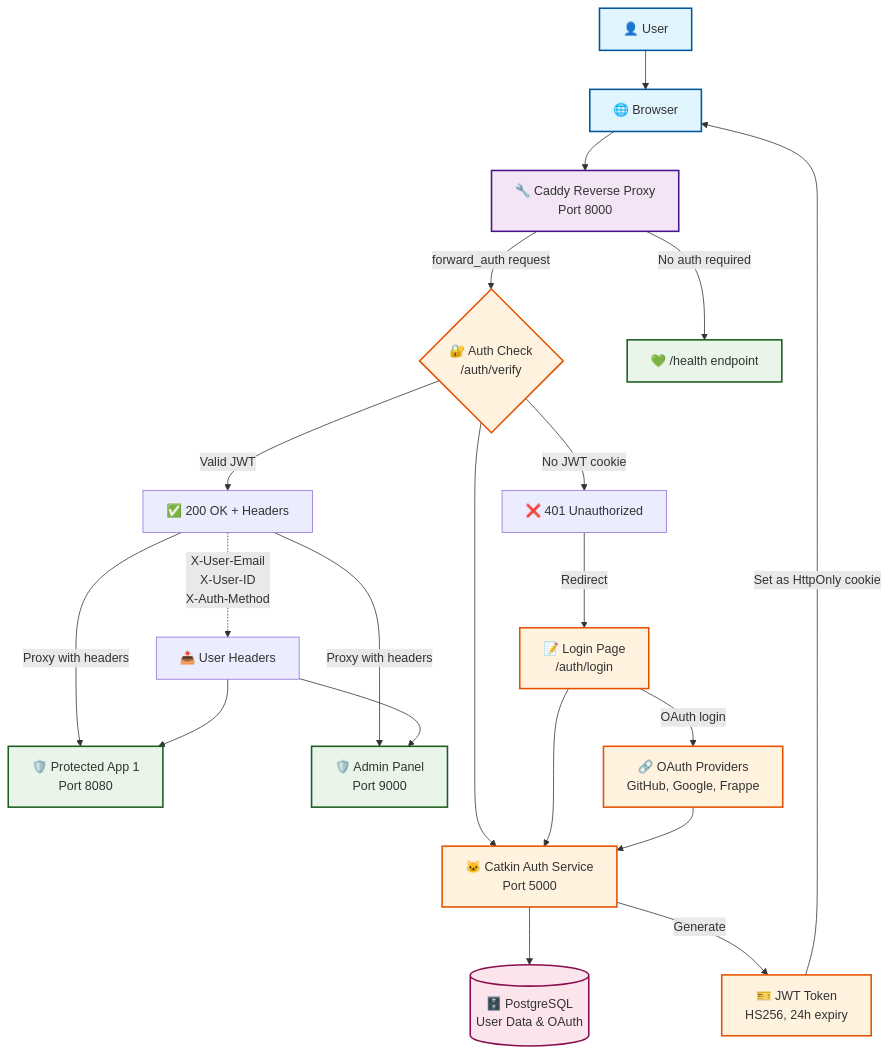
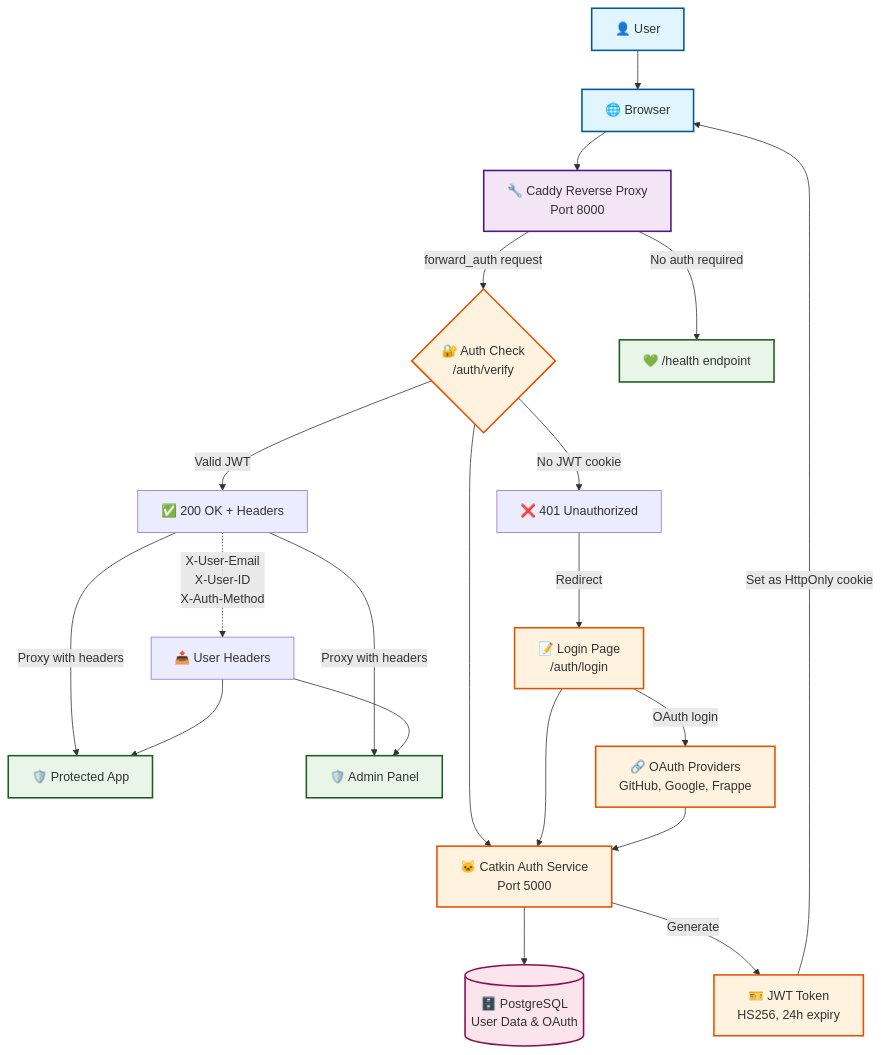
One commit to agritheory/catkin changed the first of 7 diagrams in caddy/docs/ARCHITECTURE.md. Above: the diagram before and after it, drawn with Mermaid. The commit also changed other lines of this file and 8 other files, not shown here.

````diff
--- a/caddy/docs/ARCHITECTURE.md
+++ b/caddy/docs/ARCHITECTURE.md
@@ -5,54 +5,54 @@
 ```mermaid
 graph TB
     %% User and Browser
     User[👤 User] --> Browser[🌐 Browser]
 
     %% Caddy Proxy Layer
     Browser --> Caddy[🔧 Caddy Reverse Proxy<br/>Port 8000]
 
     %% Authentication Flow
     Caddy -->|forward_auth request| AuthCheck{🔐 Auth Check<br/>/auth/verify}
     AuthCheck -->|No JWT cookie| AuthFail[❌ 401 Unauthorized]
     AuthCheck -->|Valid JWT| AuthSuccess[✅ 200 OK + Headers]
 
     %% Auth Service
     AuthCheck --> CatkinAuth[🐱 Catkin Auth Service<br/>Port 5000]
     AuthFail -->|Redirect| LoginPage[📝 Login Page<br/>/auth/login]
     LoginPage --> CatkinAuth
 
     %% Database
     CatkinAuth --> Database[(🗄️ PostgreSQL<br/>User Data & OAuth)]
 
     %% JWT Processing
     CatkinAuth -->|Generate| JWT[🎫 JWT Token<br/>HS256, 24h expiry]
     JWT -->|Set as HttpOnly cookie| Browser
 
     %% Protected Services
-    AuthSuccess -->|Proxy with headers| ProtectedApp1[🛡️ Protected App 1<br/>Port 8080]
-    AuthSuccess -->|Proxy with headers| ProtectedApp2[🛡️ Admin Panel<br/>Port 9000]
+    AuthSuccess -->|Proxy with headers| ProtectedApp1[🛡️ Protected App]
+    AuthSuccess -->|Proxy with headers| ProtectedApp2[🛡️ Admin Panel]
 
     %% Headers passed to apps
     AuthSuccess -.->|X-User-Email<br/>X-User-ID<br/>X-Auth-Method| HeaderFlow[📤 User Headers]
     HeaderFlow --> ProtectedApp1
     HeaderFlow --> ProtectedApp2
 
     %% OAuth Integration
     LoginPage -->|OAuth login| OAuth[🔗 OAuth Providers<br/>GitHub, Google, Frappe]
     OAuth --> CatkinAuth
 
     %% Health Check
     Caddy -->|No auth required| HealthCheck[💚 /health endpoint]
 
     %% Styling
     classDef userStyle fill:#e1f5fe,stroke:#01579b,stroke-width:2px
     classDef proxyStyle fill:#f3e5f5,stroke:#4a148c,stroke-width:2px
     classDef authStyle fill:#fff3e0,stroke:#e65100,stroke-width:2px
     classDef appStyle fill:#e8f5e8,stroke:#1b5e20,stroke-width:2px
     classDef dataStyle fill:#fce4ec,stroke:#880e4f,stroke-width:2px
 
     class User,Browser userStyle
     class Caddy proxyStyle
     class CatkinAuth,AuthCheck,JWT,LoginPage,OAuth authStyle
     class ProtectedApp1,ProtectedApp2,HealthCheck appStyle
     class Database dataStyle
 ```
````
